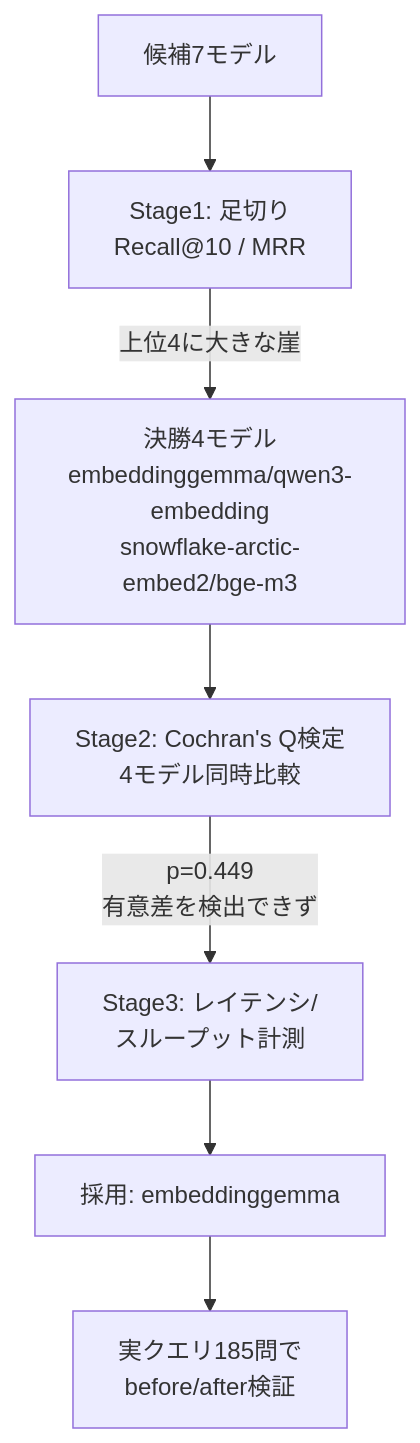
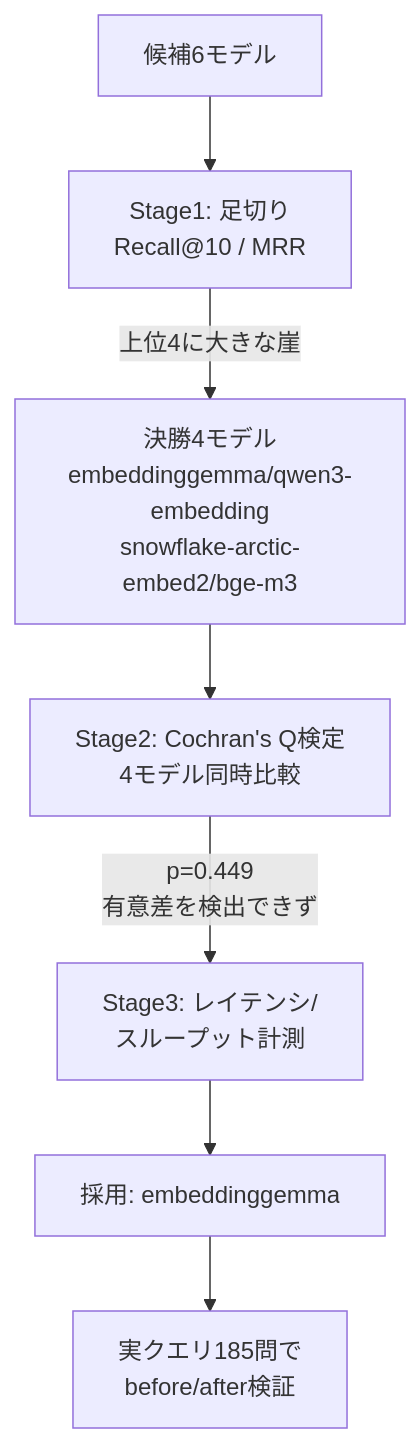
Before and after one commit to yuya0408/zenn-content: the diagram in articles/gbrain-embedding-eval.md, drawn with Mermaid. The commit also changed other lines of this file, not shown here.

````diff
--- a/articles/gbrain-embedding-eval.md
+++ b/articles/gbrain-embedding-eval.md
@@ -17,9 +17,9 @@
 ```mermaid
 flowchart TD
-    A["候補7モデル"] --> B["Stage1: 足切り<br/>Recall@10 / MRR"]
+    A["候補6モデル"] --> B["Stage1: 足切り<br/>Recall@10 / MRR"]
     B -->|"上位4に大きな崖"| C["決勝4モデル<br/>embeddinggemma/qwen3-embedding<br/>snowflake-arctic-embed2/bge-m3"]
     C --> D["Stage2: Cochran's Q検定<br/>4モデル同時比較"]
     D -->|"p=0.449<br/>有意差を検出できず"| E["Stage3: レイテンシ/<br/>スループット計測"]
     E --> F["採用: embeddinggemma"]
     F --> G["実クエリ185問で<br/>before/after検証"]
 ```
````
